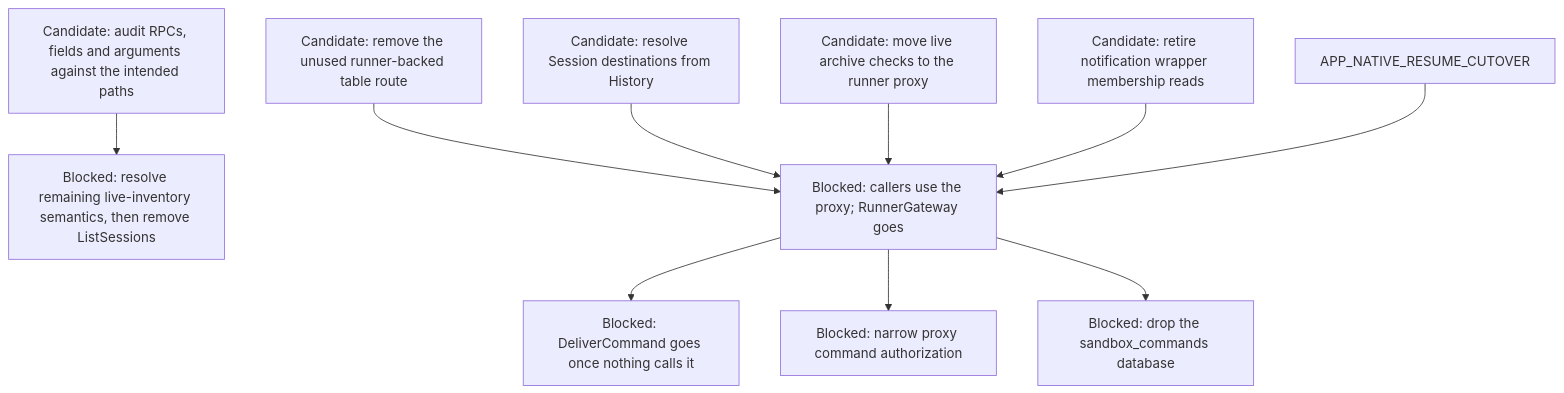
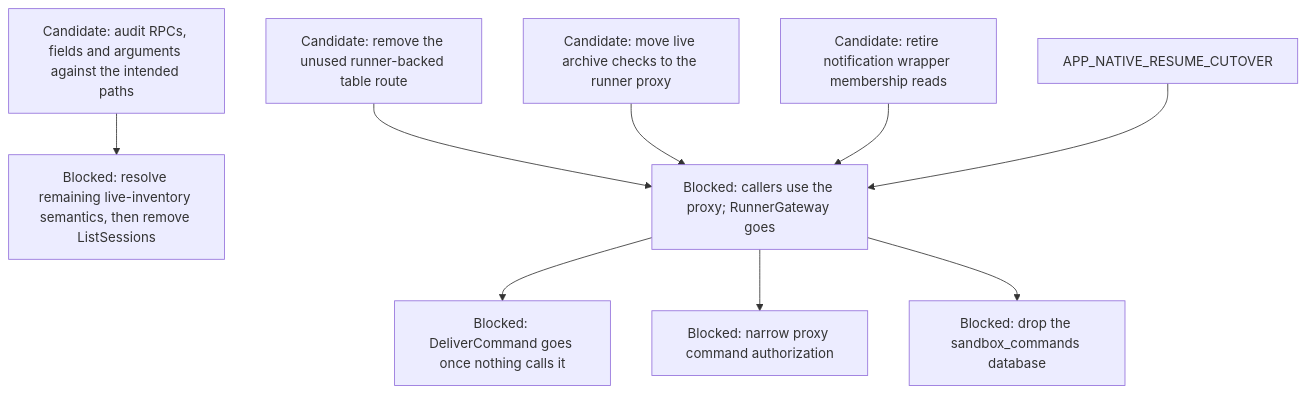
Diagram 15 of 15 in agentplane/plans/task_dag.md (agentydragon-agent/ducktape), drawn with Mermaid before and after one commit. The commit also changed other lines of this file and 8 other files, not shown here.

````diff
--- a/agentplane/plans/task_dag.md
+++ b/agentplane/plans/task_dag.md
@@ -1034,17 +1034,16 @@
 ```mermaid
 flowchart TD
     RUNNER_COMMAND_RPCS[Blocked: DeliverCommand goes once nothing calls it]
     CONTROL_SURFACE_RETIREMENT_AUDIT[Candidate: audit RPCs, fields and arguments against the intended paths]
     CONTROL_SURFACE_RETIREMENT_AUDIT --> RUNNER_LIST_SESSIONS_RETIRE[Blocked: resolve remaining live-inventory semantics, then remove ListSessions]
     GATEWAY_WRAPPER_RETIRE --> RUNNER_COMMAND_RPCS
     GATEWAY_WRAPPER_RETIRE[Blocked: callers use the proxy; RunnerGateway goes]
     APP_SESSION_LIST_ROUTE_RETIRE[Candidate: remove the unused runner-backed table route] --> GATEWAY_WRAPPER_RETIRE
-    APP_SESSION_DESTINATION_HISTORY[Candidate: resolve Session destinations from History] --> GATEWAY_WRAPPER_RETIRE
     APP_ARCHIVE_RUNNER_READ_MIGRATION[Candidate: move live archive checks to the runner proxy] --> GATEWAY_WRAPPER_RETIRE
     NOTIFICATION_SESSION_MEMBERSHIP_MIGRATION[Candidate: retire notification wrapper membership reads] --> GATEWAY_WRAPPER_RETIRE
     APP_NATIVE_RESUME_CUTOVER --> GATEWAY_WRAPPER_RETIRE
     GATEWAY_DATABASE_DROP[Blocked: drop the sandbox_commands database]
     PROXY_START_METHODS_DISPATCHER_ONLY[Blocked: narrow proxy command authorization]
     GATEWAY_WRAPPER_RETIRE --> PROXY_START_METHODS_DISPATCHER_ONLY
     GATEWAY_WRAPPER_RETIRE --> GATEWAY_DATABASE_DROP
 ```
````
